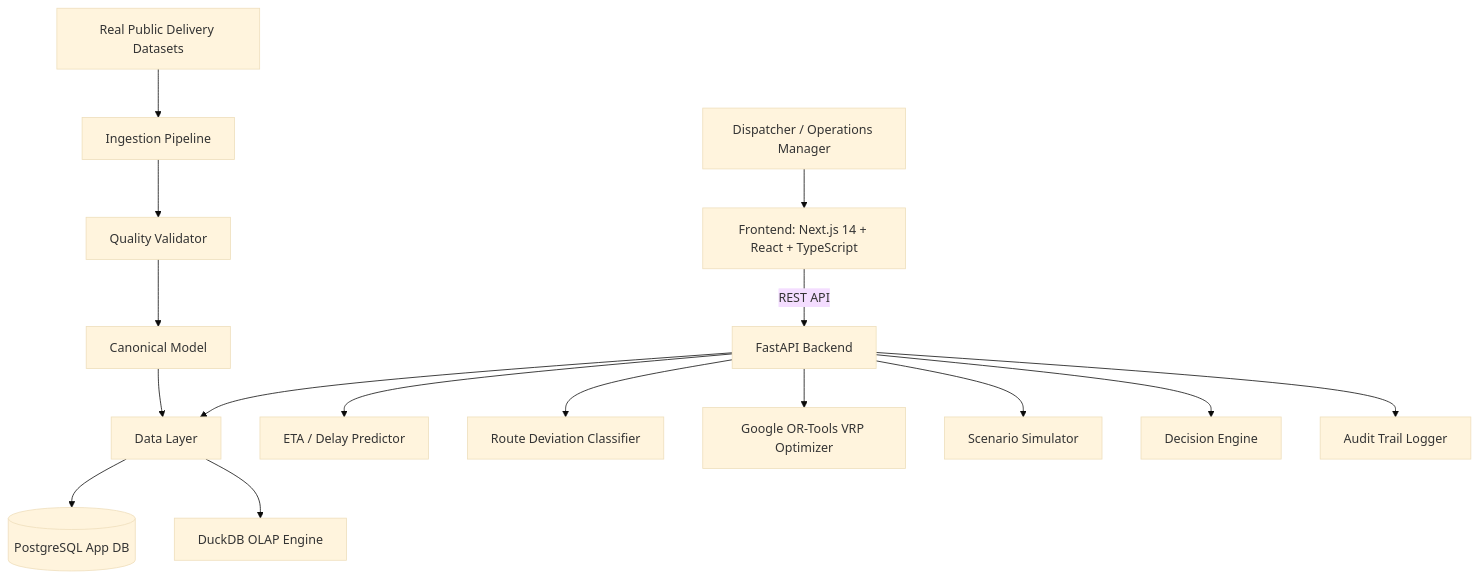
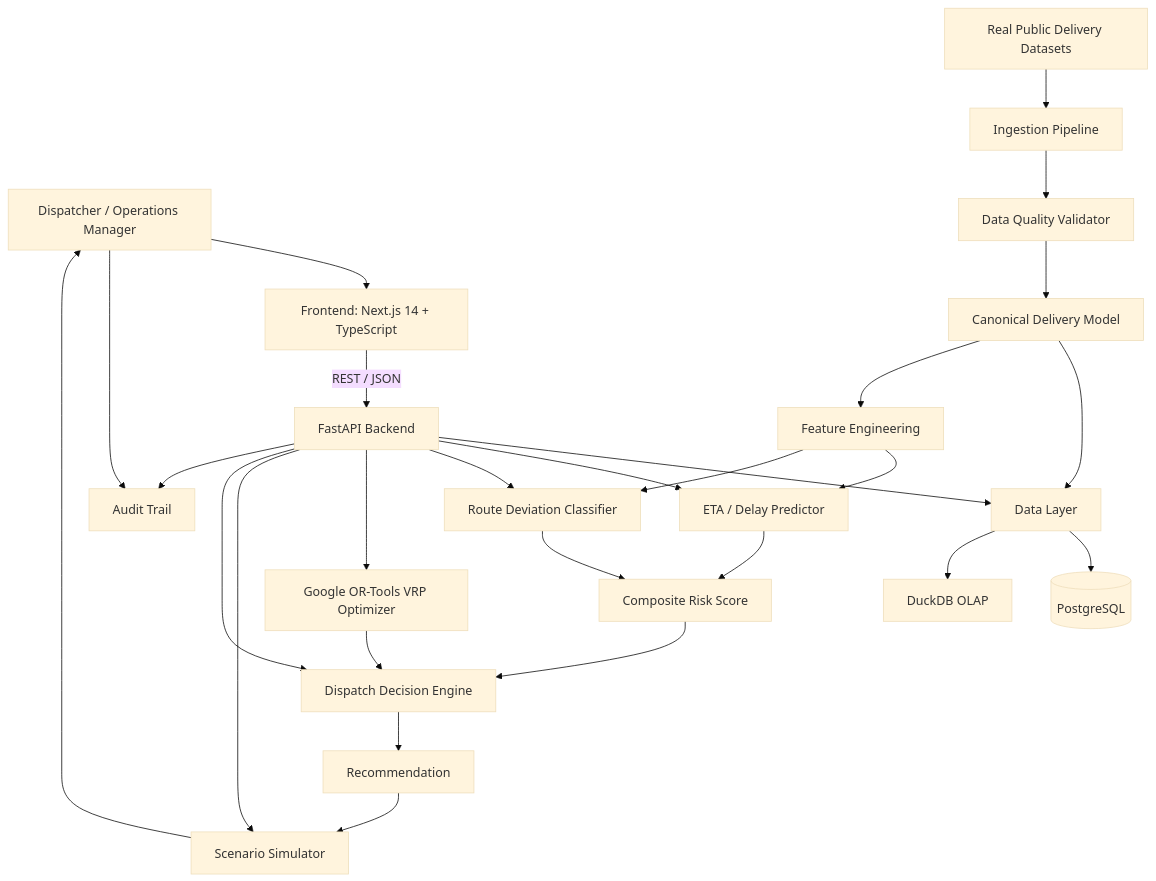
The diagram in README.md (kg3478/Last_Mile_Delivery_Intelligence), drawn with Mermaid (base theme) before and after one commit. The commit also changed other lines of this file and 30 other files, not shown here.

Commit message:
feat: complete LastMile Delivery Intelligence platform with all audit fixes and Render blueprint

````diff
--- a/README.md
+++ b/README.md
@@ -33,20 +47,33 @@
 ```mermaid
 flowchart TB
     USER[Dispatcher / Operations Manager]
-    USER --> FE[Frontend: Next.js 14 + React + TypeScript]
-    FE -->|REST API| API[FastAPI Backend]
+    USER --> FE[Frontend: Next.js 14 + TypeScript]
+    FE -->|REST / JSON| API[FastAPI Backend]
 
     API --> DATA[Data Layer]
     API --> ETA[ETA / Delay Predictor]
     API --> DEV[Route Deviation Classifier]
     API --> OPT[Google OR-Tools VRP Optimizer]
     API --> SIM[Scenario Simulator]
-    API --> DEC[Decision Engine]
-    API --> AUDIT[Audit Trail Logger]
+    API --> DEC[Dispatch Decision Engine]
+    API --> AUDIT[Audit Trail]
 
-    DATA --> PG[(PostgreSQL App DB)]
-    DATA --> DUCK[DuckDB OLAP Engine]
+    DATA --> PG[(PostgreSQL)]
+    DATA --> DUCK[DuckDB OLAP]
 
-    RAW[Real Public Delivery Datasets] --> ING[Ingestion Pipeline] --> VAL[Quality Validator] --> CAN[Canonical Model]
+    RAW[Real Public Delivery Datasets] --> ING[Ingestion Pipeline]
+    ING --> VAL[Data Quality Validator]
+    VAL --> CAN[Canonical Delivery Model]
     CAN --> DATA
+    CAN --> FEAT[Feature Engineering]
+    FEAT --> ETA
+    FEAT --> DEV
+    ETA --> RISK[Composite Risk Score]
+    DEV --> RISK
+    RISK --> DEC
+    OPT --> DEC
+    DEC --> ACTION[Recommendation]
+    ACTION --> SIM
+    SIM --> USER
+    USER --> AUDIT
 ```
````
